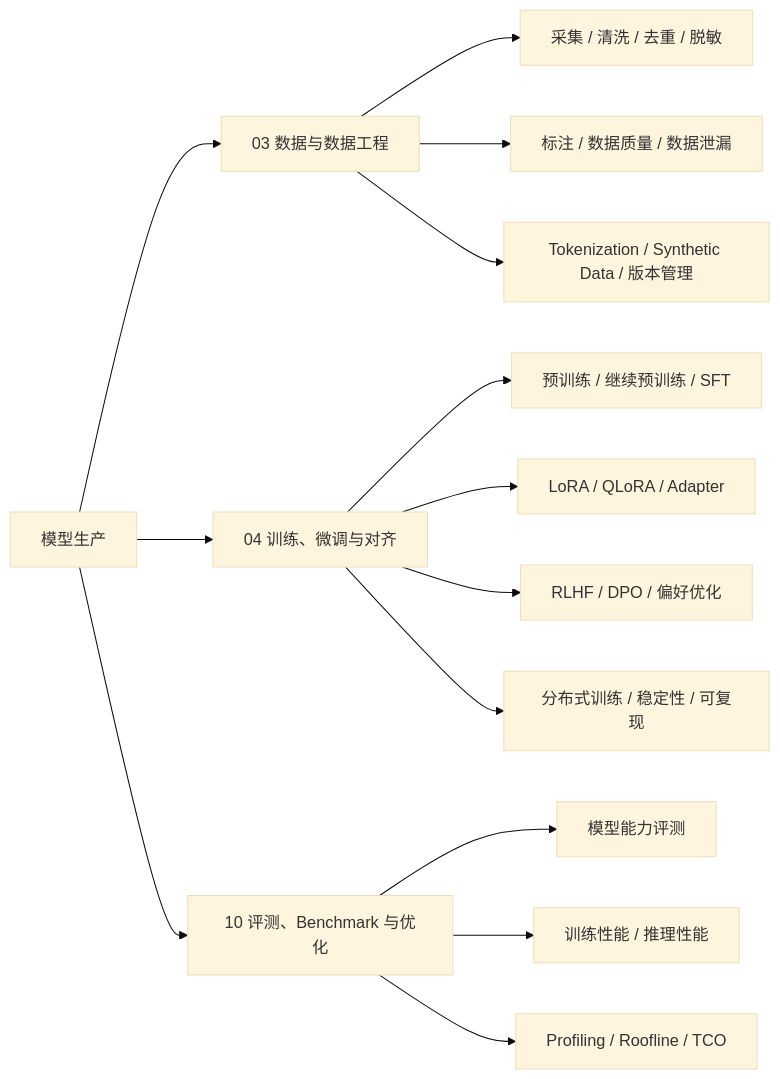
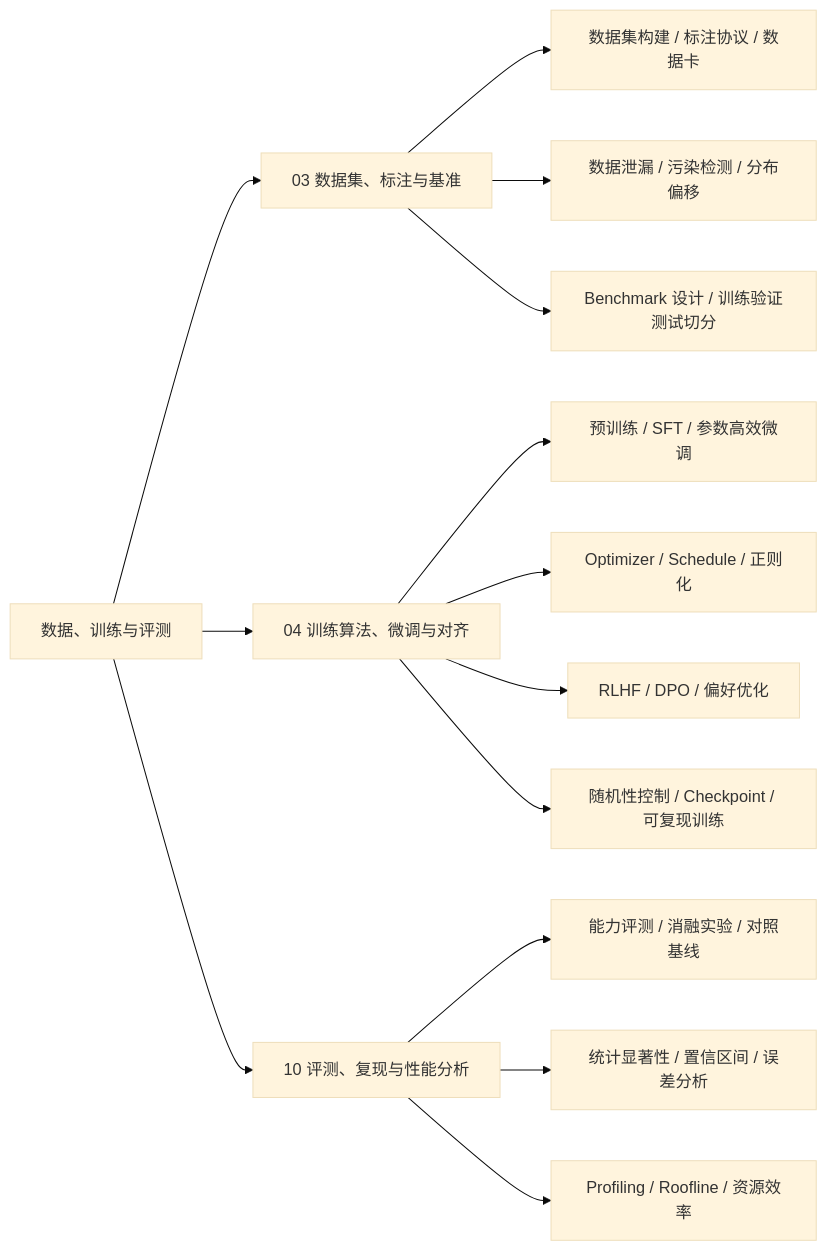
The third of 6 diagrams in docs/knowledge-map.md (AmourSec/aikg), drawn with Mermaid (base theme) before and after one commit. The commit also changed other lines of this file and 22 other files, not shown here.

````diff
--- a/docs/knowledge-map.md
+++ b/docs/knowledge-map.md
@@ -91,23 +91,23 @@
 ```mermaid
 flowchart LR
-  S2["模型生产"] --> M03["03 数据与数据工程"]
-  S2 --> M04["04 训练、微调与对齐"]
-  S2 --> M10["10 评测、Benchmark 与优化"]
+  S2["数据、训练与评测"] --> M03["03 数据集、标注与基准"]
+  S2 --> M04["04 训练算法、微调与对齐"]
+  S2 --> M10["10 评测、复现与性能分析"]
 
-  M03 --> C1["采集 / 清洗 / 去重 / 脱敏"]
-  M03 --> C2["标注 / 数据质量 / 数据泄漏"]
-  M03 --> C3["Tokenization / Synthetic Data / 版本管理"]
+  M03 --> C1["数据集构建 / 标注协议 / 数据卡"]
+  M03 --> C2["数据泄漏 / 污染检测 / 分布偏移"]
+  M03 --> C3["Benchmark 设计 / 训练验证测试切分"]
 
-  M04 --> D1["预训练 / 继续预训练 / SFT"]
-  M04 --> D2["LoRA / QLoRA / Adapter"]
+  M04 --> D1["预训练 / SFT / 参数高效微调"]
+  M04 --> D2["Optimizer / Schedule / 正则化"]
   M04 --> D3["RLHF / DPO / 偏好优化"]
-  M04 --> D4["分布式训练 / 稳定性 / 可复现"]
+  M04 --> D4["随机性控制 / Checkpoint / 可复现训练"]
 
-  M10 --> E1["模型能力评测"]
-  M10 --> E2["训练性能 / 推理性能"]
-  M10 --> E3["Profiling / Roofline / TCO"]
+  M10 --> E1["能力评测 / 消融实验 / 对照基线"]
+  M10 --> E2["统计显著性 / 置信区间 / 误差分析"]
+  M10 --> E3["Profiling / Roofline / 资源效率"]
 
-  click M03 "../03-data-engineering/" "打开数据与数据工程"
-  click M04 "../04-training-finetuning-alignment/" "打开训练、微调与对齐"
-  click M10 "../10-evaluation-benchmark-optimization/" "打开评测、Benchmark 与优化"
+  click M03 "../03-data-engineering/" "打开数据集、标注与基准"
+  click M04 "../04-training-finetuning-alignment/" "打开训练算法、微调与对齐"
+  click M10 "../10-evaluation-benchmark-optimization/" "打开评测、复现与性能分析"
 ```
````
